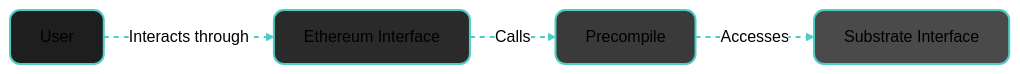
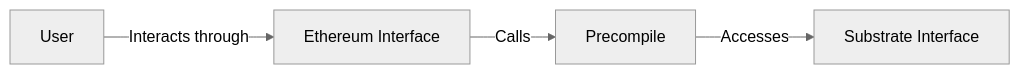
Before and after one commit to moondance-labs/tanssi-docs: the diagram in builders/toolkit/ethereum-api/precompiles/index.md, drawn with Mermaid (neutral theme). The commit also changed 2 other files, not shown here.

Commit message:
remove unnecessary styling

````diff
--- a/builders/toolkit/ethereum-api/precompiles/index.md
+++ b/builders/toolkit/ethereum-api/precompiles/index.md
@@ -18,25 +18,12 @@
 ```mermaid
 graph LR
     
     A[User]
     B[Ethereum Interface]
     C[Precompile]
     D[Substrate Interface]
 
     A -->|Interacts through| B
     B -->|Calls| C
     C -->|Accesses| D
-
-    %% Node styling
-    style A fill:#1e1e1e,stroke:#4ecdc4,stroke-width:2px,rx:10px,ry:10px
-    style B fill:#2a2a2a,stroke:#4ecdc4,stroke-width:2px,rx:10px,ry:10px
-    style C fill:#3a3a3a,stroke:#4ecdc4,stroke-width:2px,rx:10px,ry:10px
-    style D fill:#4a4a4a,stroke:#4ecdc4,stroke-width:2px,rx:10px,ry:10px
-
-    %% Arrow styling
-    linkStyle default stroke-width:2px,stroke:#4ecdc4,stroke-dasharray: 5, 5
-
-    %% Optional: Add a note or description
-    classDef note fill:#1a1a1a,stroke:#4ecdc4,stroke-width:1px;
-    class A,B,C,D note
 ```
````
